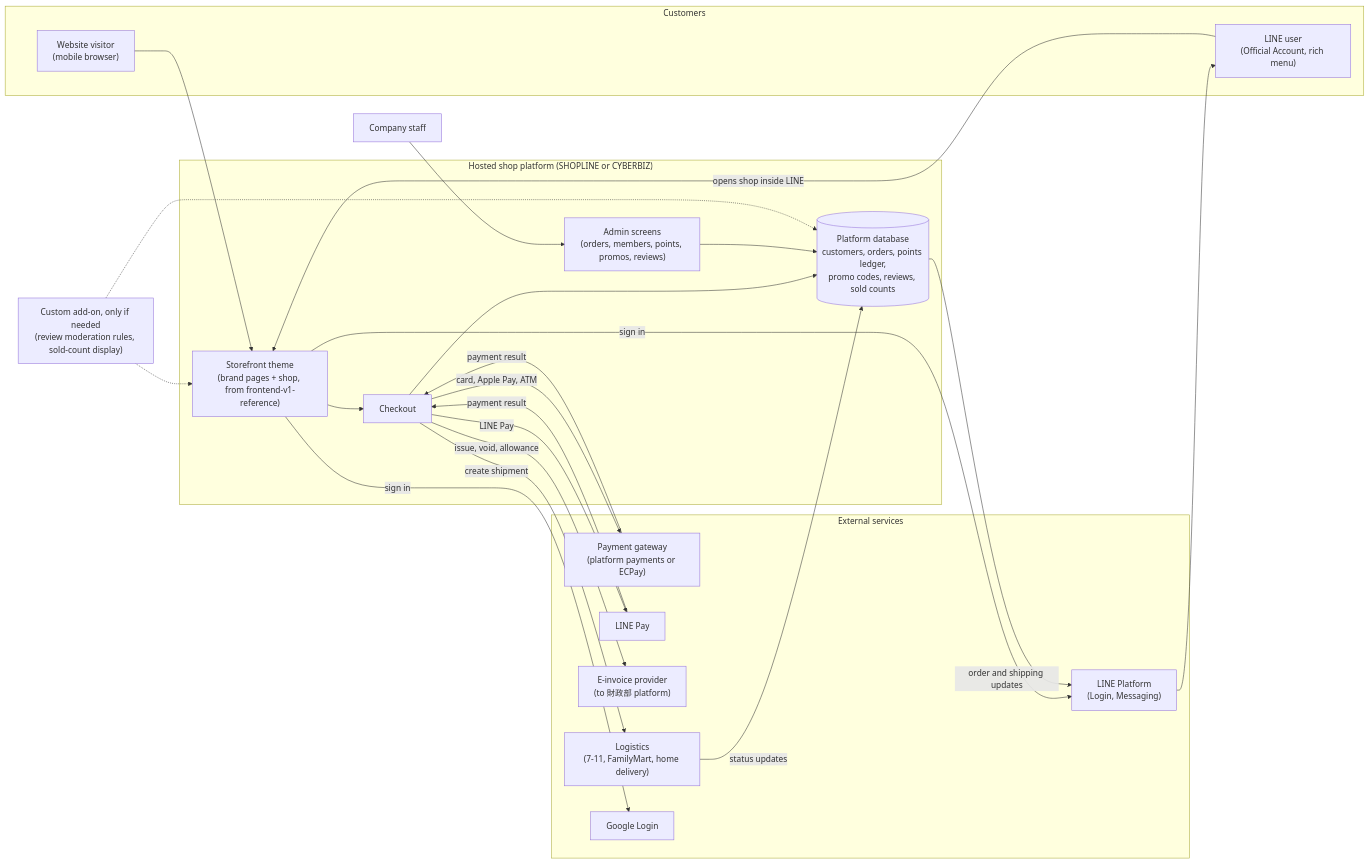
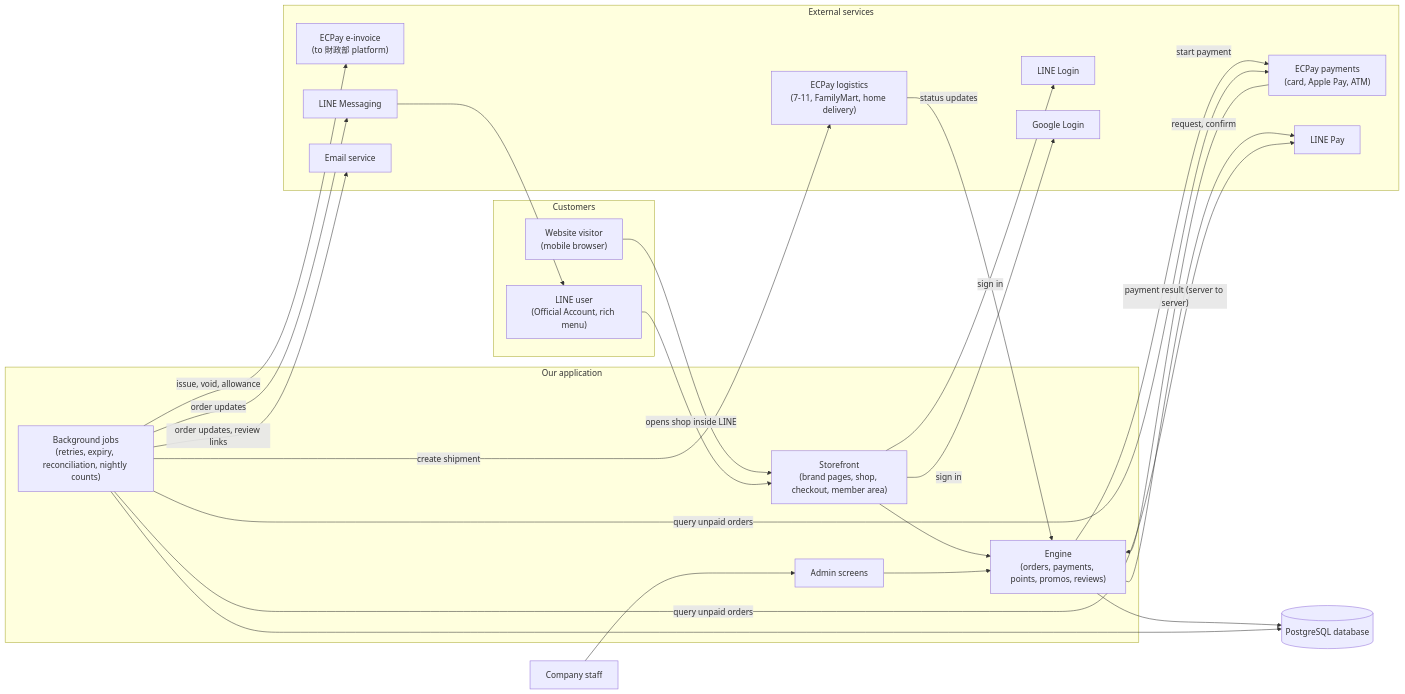
One commit to averyhsu/dr-wellsey-site changed the first of 5 diagrams in docs/payment-system-design.md. Above: the diagram before and after it, drawn with Mermaid. The commit also changed other lines of this file, not shown here.

First line of the commit message:
Revise design for a custom-built system instead of a hosted platform

````diff
--- a/docs/payment-system-design.md
+++ b/docs/payment-system-design.md
@@ -138,46 +163,48 @@
 ```mermaid
 flowchart LR
     subgraph Customers
         W["Website visitor<br/>(mobile browser)"]
         L["LINE user<br/>(Official Account, rich menu)"]
     end
+    S["Company staff"]
 
-    subgraph Platform["Hosted shop platform (SHOPLINE or CYBERBIZ)"]
-        T["Storefront theme<br/>(brand pages + shop, from frontend-v1-reference)"]
-        C["Checkout"]
-        A["Admin screens<br/>(orders, members, points, promos, reviews)"]
-        DB[("Platform database<br/>customers, orders, points ledger,<br/>promo codes, reviews, sold counts")]
+    subgraph App["Our application"]
+        SF["Storefront<br/>(brand pages, shop, checkout, member area)"]
+        AD["Admin screens"]
+        EN["Engine<br/>(orders, payments, points, promos, reviews)"]
+        JOB["Background jobs<br/>(retries, expiry, reconciliation, nightly counts)"]
+    end
+    DB[("PostgreSQL database")]
+
+    subgraph External["External services"]
+        EP["ECPay payments<br/>(card, Apple Pay, ATM)"]
+        LP["LINE Pay"]
+        EI["ECPay e-invoice<br/>(to 財政部 platform)"]
+        EL["ECPay logistics<br/>(7-11, FamilyMart, home delivery)"]
+        LL["LINE Login"]
+        LM["LINE Messaging"]
+        GO["Google Login"]
+        EM["Email service"]
     end
 
-    subgraph External["External services"]
-        PG["Payment gateway<br/>(platform payments or ECPay)"]
-        LP["LINE Pay"]
-        INV["E-invoice provider<br/>(to 財政部 platform)"]
-        LOG["Logistics<br/>(7-11, FamilyMart, home delivery)"]
-        LINE["LINE Platform<br/>(Login, Messaging)"]
-        GOOG["Google Login"]
-    end
-
-    X["Custom add-on, only if needed<br/>(review moderation rules, sold-count display)"]
-    S["Company staff"]
-
-    W --> T
-    L -->|"opens shop inside LINE"| T
-    T --> C
-    C --> DB
-    C -->|"card, Apple Pay, ATM"| PG
-    C -->|"LINE Pay"| LP
-    PG -->|"payment result"| C
-    LP -->|"payment result"| C
-    C -->|"issue, void, allowance"| INV
-    C -->|"create shipment"| LOG
-    LOG -->|"status updates"| DB
-    T -->|"sign in"| LINE
-    T -->|"sign in"| GOOG
-    DB -->|"order and shipping updates"| LINE
-    LINE --> L
-    S --> A
-    A --> DB
-    X -.-> DB
-    X -.-> T
+    W --> SF
+    L -->|"opens shop inside LINE"| SF
+    S --> AD
+    SF --> EN
+    AD --> EN
+    EN --> DB
+    JOB --> DB
+    EN -->|"start payment"| EP
+    EP -->|"payment result (server to server)"| EN
+    EN -->|"request, confirm"| LP
+    JOB -->|"query unpaid orders"| EP
+    JOB -->|"query unpaid orders"| LP
+    JOB -->|"issue, void, allowance"| EI
+    JOB -->|"create shipment"| EL
+    EL -->|"status updates"| EN
+    SF -->|"sign in"| LL
+    SF -->|"sign in"| GO
+    JOB -->|"order updates"| LM
+    LM --> L
+    JOB -->|"order updates, review links"| EM
 ```
````
